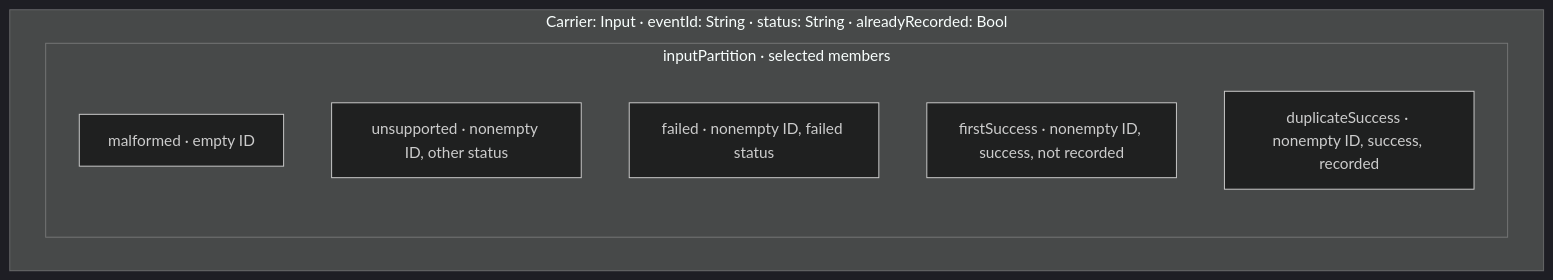
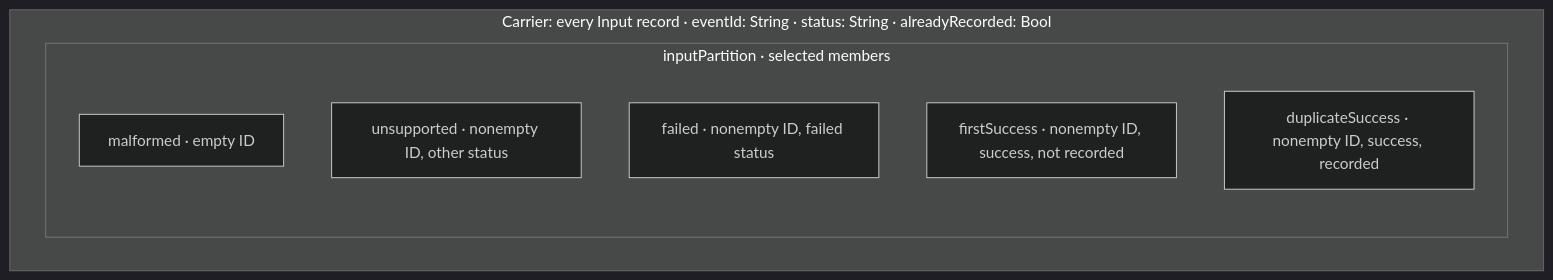
Before and after one commit to mrvanish97/archiscript: the second of 8 diagrams in README.md, drawn with Mermaid (dark theme). The commit also changed other lines of this file, not shown here.

Commit message:
docs: illustrate the webhook input carrier

````diff
--- a/README.md
+++ b/README.md
@@ -25,13 +33,13 @@
 ```mermaid
 flowchart TB
-  subgraph CARRIER["Carrier: Input · eventId: String · status: String · alreadyRecorded: Bool"]
+  subgraph CARRIER["Carrier: every Input record · eventId: String · status: String · alreadyRecorded: Bool"]
     subgraph INPUT["inputPartition · selected members"]
       direction TB
       M["malformed · empty ID"]
       U["unsupported · nonempty ID, other status"]
       E["failed · nonempty ID, failed status"]
       A["firstSuccess · nonempty ID, success, not recorded"]
       B["duplicateSuccess · nonempty ID, success, recorded"]
     end
   end
 ```
````
